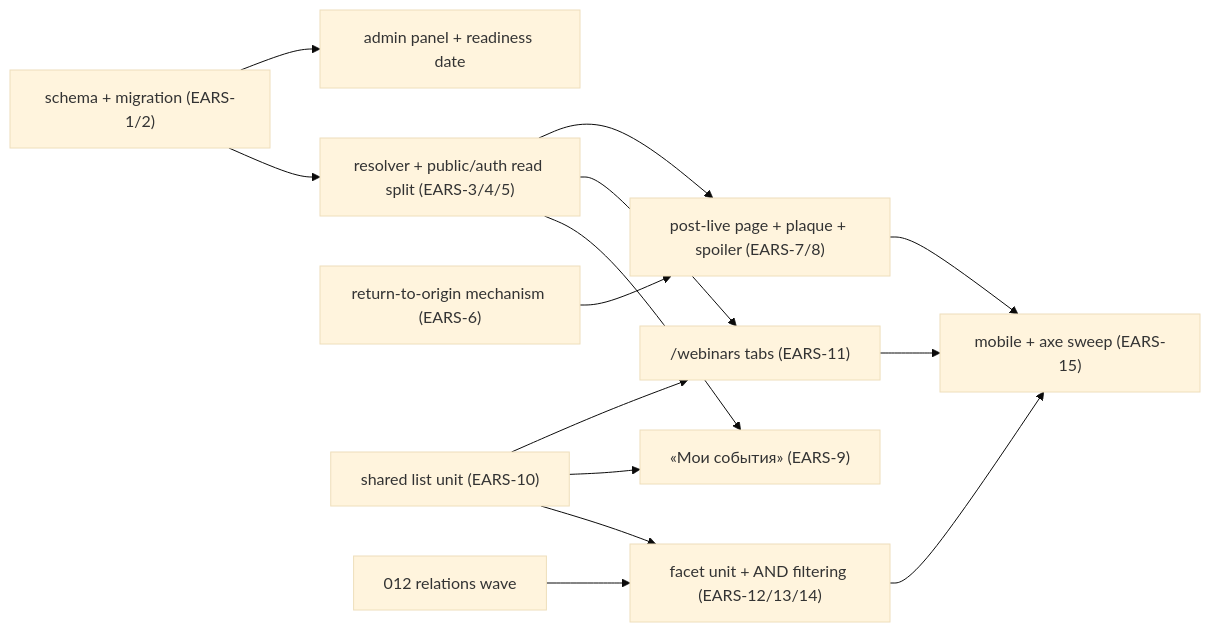
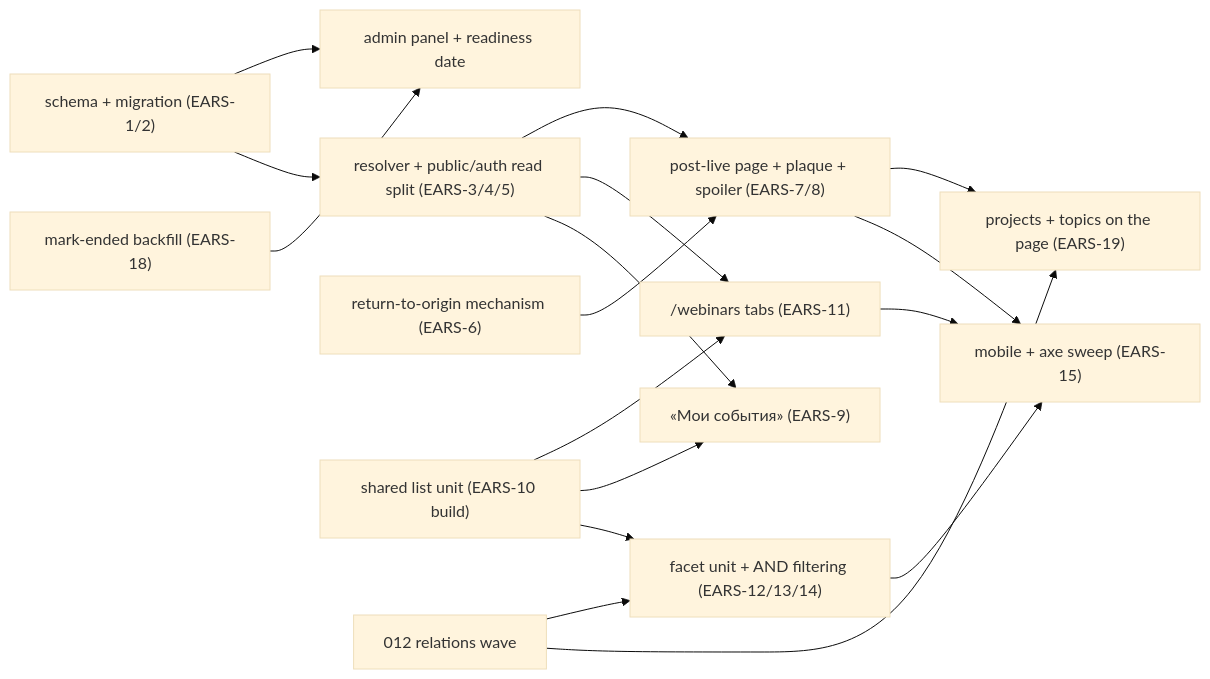
One commit to doctor-school/ds-platform changed diagram 11 of 11 in apps/docs/content/specs/features/014-event-recordings/014-design.md. Above: the diagram before and after it, drawn with Mermaid (base theme). The commit also changed other lines of this file and 4 other files, not shown here.

First line of the commit message:
docs(spec): 014 rework — finished ≡ ended, mark-ended backfill, page/facets wave split (#1326)

````diff
--- a/apps/docs/content/specs/features/014-event-recordings/014-design.md
+++ b/apps/docs/content/specs/features/014-event-recordings/014-design.md
@@ -340,16 +382,19 @@
 ```mermaid
 flowchart LR
   S["schema + migration (EARS-1/2)"] --> A["admin panel + readiness date"]
+  MB["mark-ended backfill (EARS-18)"] --> A
   S --> R["resolver + public/auth read split (EARS-3/4/5)"]
   R --> PG["post-live page + plaque + spoiler (EARS-7/8)"]
   RT["return-to-origin mechanism (EARS-6)"] --> PG
-  U["shared list unit (EARS-10)"] --> TB["/webinars tabs (EARS-11)"]
+  U["shared list unit (EARS-10 build)"] --> TB["/webinars tabs (EARS-11)"]
   U --> ME["«Мои события» (EARS-9)"]
   R --> TB
   R --> ME
   TWELVE["012 relations wave"] --> FA["facet unit + AND filtering (EARS-12/13/14)"]
+  TWELVE --> PT["projects + topics on the page (EARS-19)"]
+  PG --> PT
   U --> FA
   PG --> AX["mobile + axe sweep (EARS-15)"]
   TB --> AX
   FA --> AX
 ```
````
